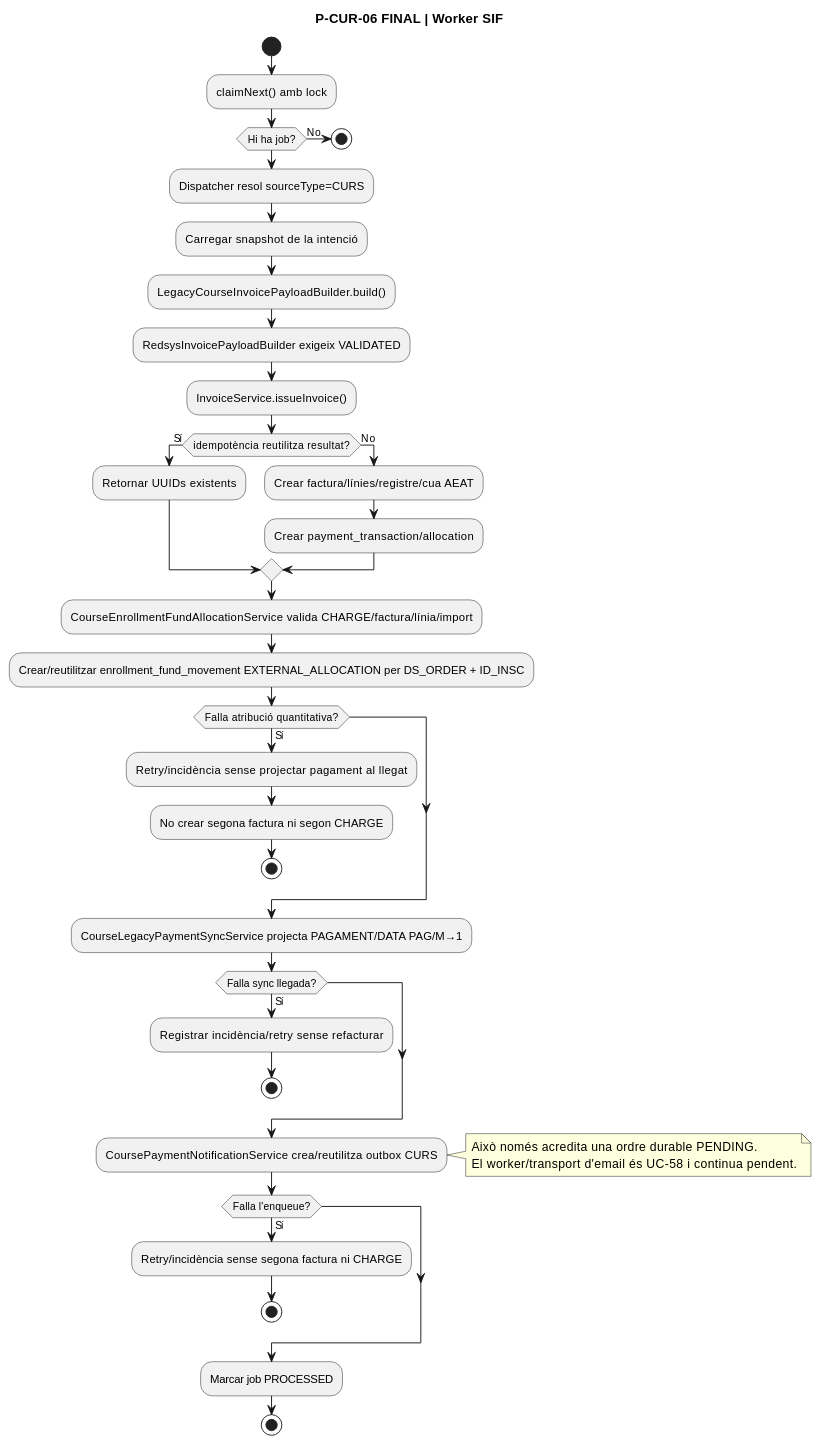
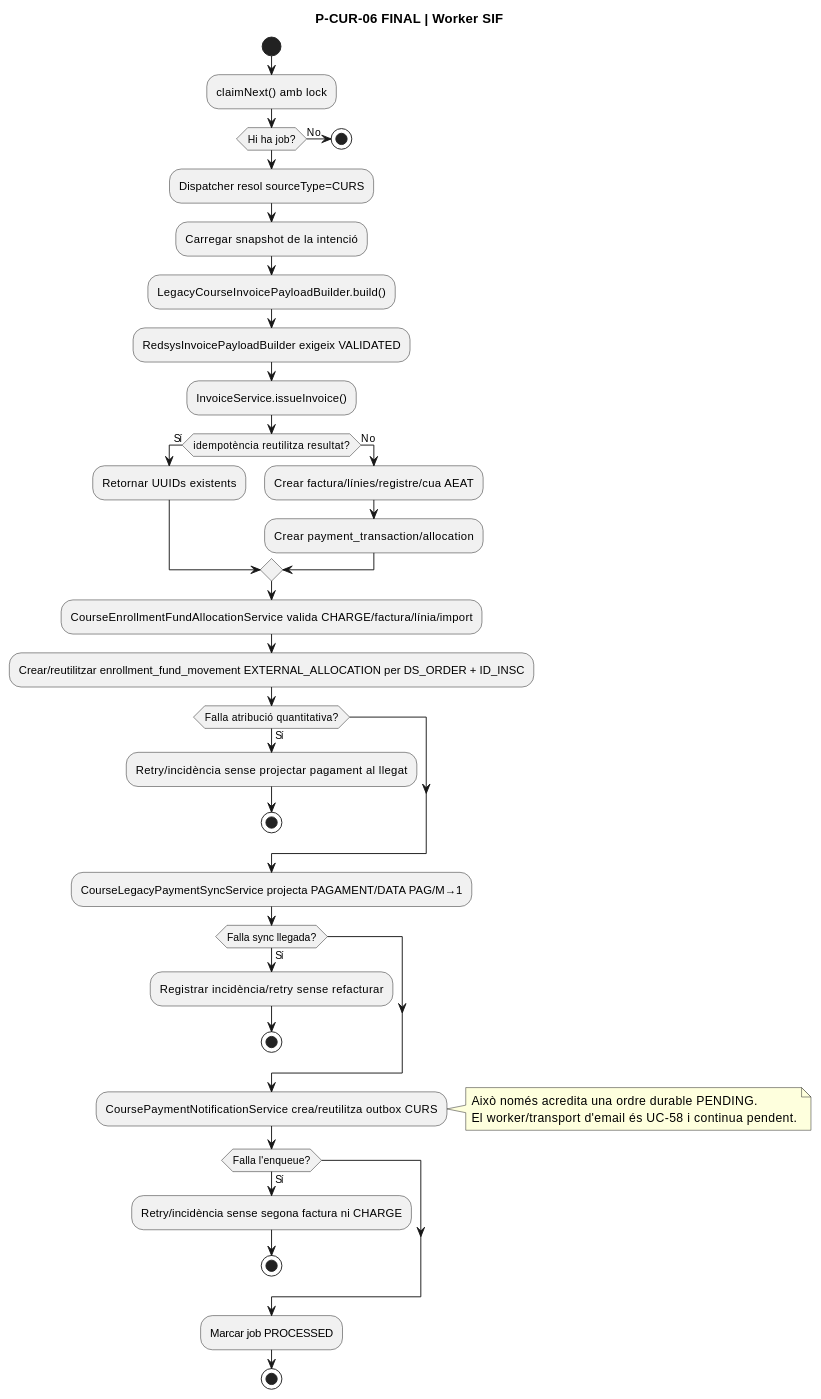
Before and after one commit to orgmeriemprismacat-del/verifactu: diagram 11 of 15 in documentacio/07-uml-integrat/uc-014-activitats-pagines-redsys-actual-final.md, drawn with PlantUML. The commit also changed other lines of this file and 58 other files, not shown here.

````diff
--- a/documentacio/07-uml-integrat/uc-014-activitats-pagines-redsys-actual-final.md
+++ b/documentacio/07-uml-integrat/uc-014-activitats-pagines-redsys-actual-final.md
@@ -286,44 +302,43 @@
 ```plantuml
 @startuml
 title P-CUR-06 FINAL | Worker SIF
 start
 :claimNext() amb lock;
 if (Hi ha job?) then (No)
   stop
 endif
 :Dispatcher resol sourceType=CURS;
 :Carregar snapshot de la intenció;
 :LegacyCourseInvoicePayloadBuilder.build();
 :RedsysInvoicePayloadBuilder exigeix VALIDATED;
 :InvoiceService.issueInvoice();
 if (idempotència reutilitza resultat?) then (Sí)
   :Retornar UUIDs existents;
 else (No)
   :Crear factura/línies/registre/cua AEAT;
   :Crear payment_transaction/allocation;
 endif
 :CourseEnrollmentFundAllocationService valida CHARGE/factura/línia/import;
 :Crear/reutilitzar enrollment_fund_movement EXTERNAL_ALLOCATION per DS_ORDER + ID_INSC;
 if (Falla atribució quantitativa?) then (Sí)
   :Retry/incidència sense projectar pagament al llegat;
-  :No crear segona factura ni segon CHARGE;
   stop
 endif
 :CourseLegacyPaymentSyncService projecta PAGAMENT/DATA PAG/M→1;
 if (Falla sync llegada?) then (Sí)
   :Registrar incidència/retry sense refacturar;
   stop
 endif
 :CoursePaymentNotificationService crea/reutilitza outbox CURS;
 note right
   Això només acredita una ordre durable PENDING.
   El worker/transport d'email és UC-58 i continua pendent.
 end note
 if (Falla l'enqueue?) then (Sí)
   :Retry/incidència sense segona factura ni CHARGE;
   stop
 endif
 :Marcar job PROCESSED;
 stop
 @enduml
 ```
````
